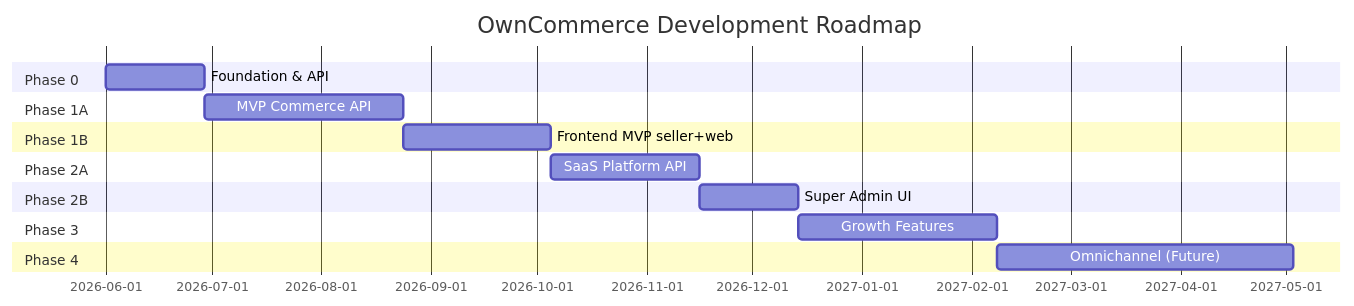
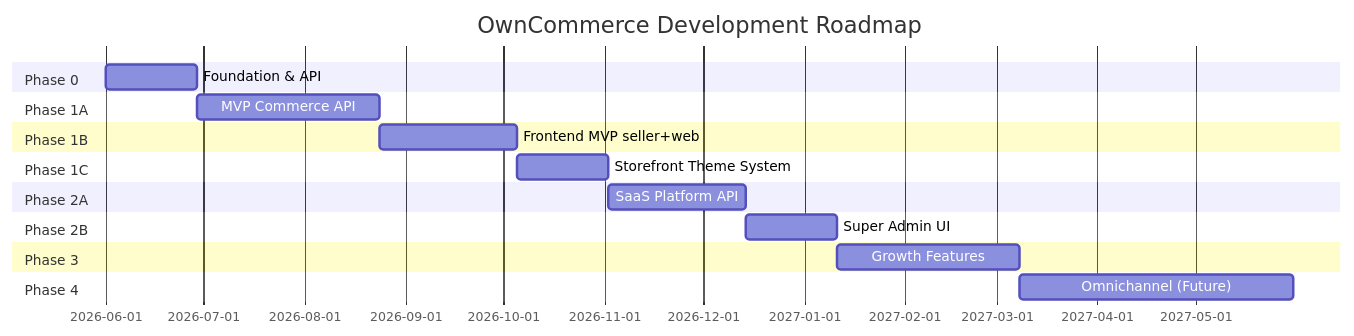
Before and after one commit to bryanagamk/owncommerce: the first of 2 diagrams in prompt/development-plan.md, drawn with Mermaid. The commit also changed other lines of this file and 26 other files, not shown here.

````diff
--- a/prompt/development-plan.md
+++ b/prompt/development-plan.md
@@ -39,19 +41,21 @@
 ```mermaid
 gantt
     title OwnCommerce Development Roadmap
     dateFormat YYYY-MM
     section Phase 0
     Foundation & API             :p0, 2026-06, 4w
     section Phase 1A
     MVP Commerce API             :p1a, after p0, 8w
     section Phase 1B
     Frontend MVP seller+web      :p1b, after p1a, 6w
+    section Phase 1C
+    Storefront Theme System      :p1c, after p1b, 4w
     section Phase 2A
-    SaaS Platform API            :p2a, after p1b, 6w
+    SaaS Platform API            :p2a, after p1c, 6w
     section Phase 2B
     Super Admin UI               :p2b, after p2a, 4w
     section Phase 3
     Growth Features              :p3, after p2b, 8w
     section Phase 4
     Omnichannel (Future)         :p4, after p3, 12w
 ```
````
